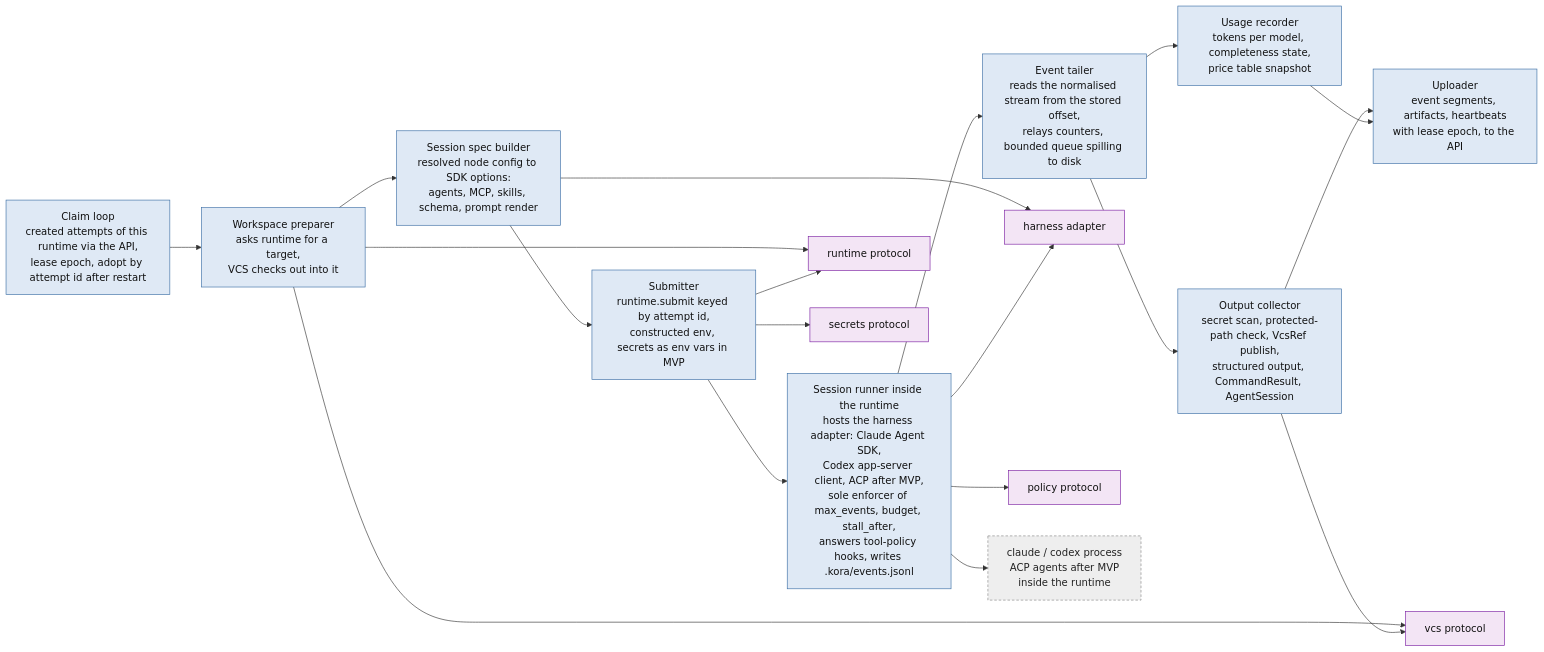
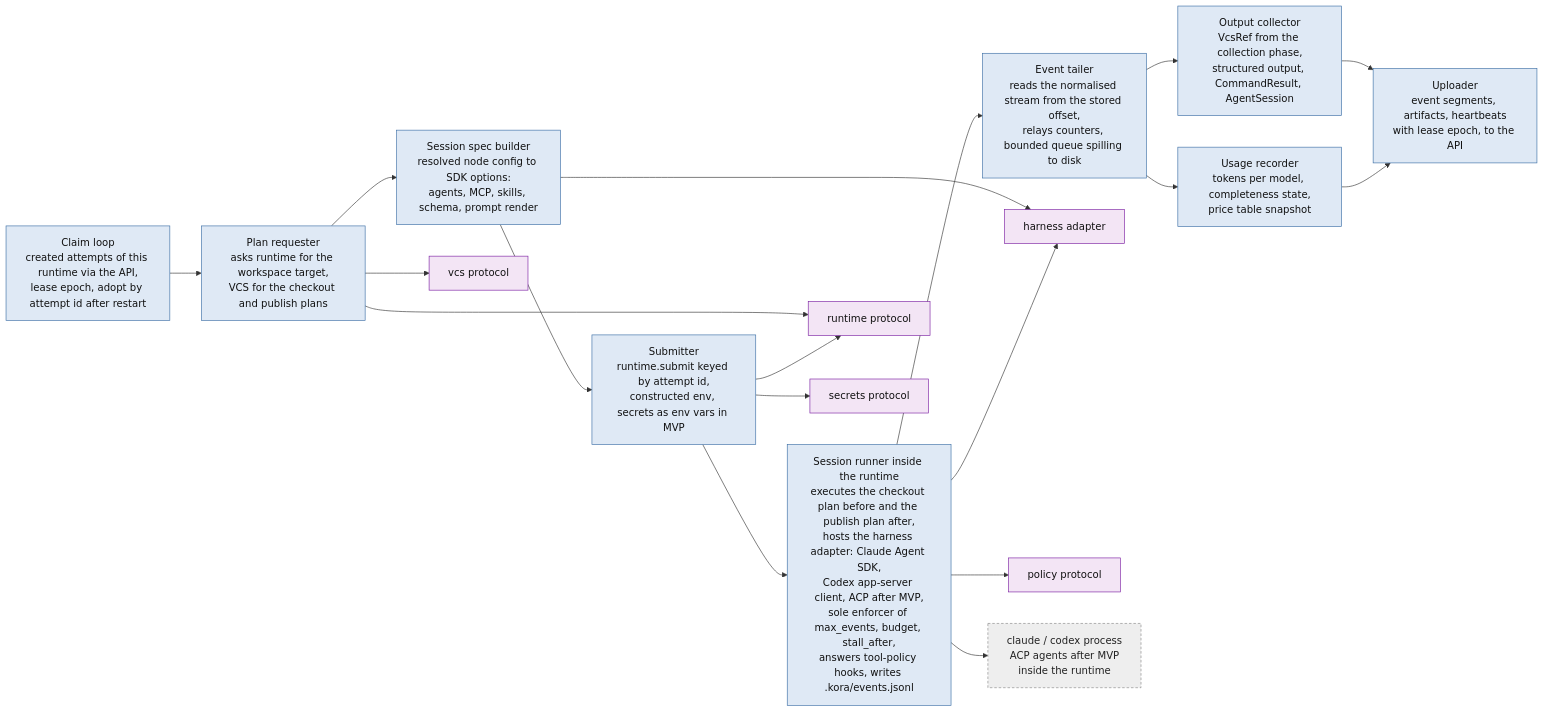
Before and after one commit to klukashka/kora: the fourth of 6 diagrams in knowledge/architecture/detailed.md, drawn with Mermaid. The commit also changed other lines of this file and 6 other files, not shown here.

````diff
--- a/knowledge/architecture/detailed.md
+++ b/knowledge/architecture/detailed.md
@@ -160,33 +160,32 @@
 ```mermaid
 flowchart LR
     classDef c fill:#dfe9f5,stroke:#3b6ea5,color:#111
     classDef plugin fill:#f3e5f5,stroke:#7b1fa2,color:#111
     classDef ext fill:#eeeeee,stroke:#888,color:#222,stroke-dasharray: 4 3
 
     CL[Claim loop<br/>created attempts of this runtime via the API,<br/>lease epoch, adopt by attempt id after restart]:::c
-    WS[Workspace preparer<br/>asks runtime for a target,<br/>VCS checks out into it]:::c
+    WS[Plan requester<br/>asks runtime for the workspace target,<br/>VCS for the checkout and publish plans]:::c
     CFG[Session spec builder<br/>resolved node config to SDK options:<br/>agents, MCP, skills, schema, prompt render]:::c
     SUB[Submitter<br/>runtime.submit keyed by attempt id,<br/>constructed env, secrets as env vars in MVP]:::c
-    RUN[Session runner inside the runtime<br/>hosts the harness adapter: Claude Agent SDK,<br/>Codex app-server client, ACP after MVP,<br/>sole enforcer of max_events, budget, stall_after,<br/>answers tool-policy hooks, writes .kora/events.jsonl]:::c
+    RUN[Session runner inside the runtime<br/>executes the checkout plan before and the publish plan after,<br/>hosts the harness adapter: Claude Agent SDK,<br/>Codex app-server client, ACP after MVP,<br/>sole enforcer of max_events, budget, stall_after,<br/>answers tool-policy hooks, writes .kora/events.jsonl]:::c
     STR[Event tailer<br/>reads the normalised stream from the stored offset,<br/>relays counters, bounded queue spilling to disk]:::c
-    COL[Output collector<br/>secret scan, protected-path check, VcsRef publish,<br/>structured output, CommandResult, AgentSession]:::c
+    COL[Output collector<br/>VcsRef from the collection phase,<br/>structured output, CommandResult, AgentSession]:::c
     USG[Usage recorder<br/>tokens per model, completeness state,<br/>price table snapshot]:::c
     UP[Uploader<br/>event segments, artifacts, heartbeats<br/>with lease epoch, to the API]:::c
 
     P_RT[runtime protocol]:::plugin
     P_HA[harness adapter]:::plugin
     P_POL[policy protocol]:::plugin
     P_VCS[vcs protocol]:::plugin
     P_SEC[secrets protocol]:::plugin
     HARN[claude / codex process<br/>ACP agents after MVP<br/>inside the runtime]:::ext
 
     CL --> WS --> CFG --> SUB --> RUN --> STR --> COL --> UP
     STR --> USG --> UP
     WS --> P_VCS
     WS & SUB --> P_RT
     CFG --> P_HA
     RUN --> P_HA & P_POL
     SUB --> P_SEC
-    COL --> P_VCS
     RUN --> HARN
 ```
````
